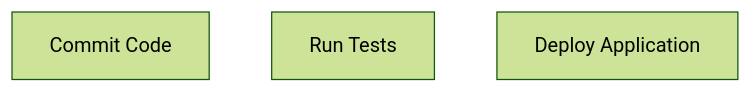
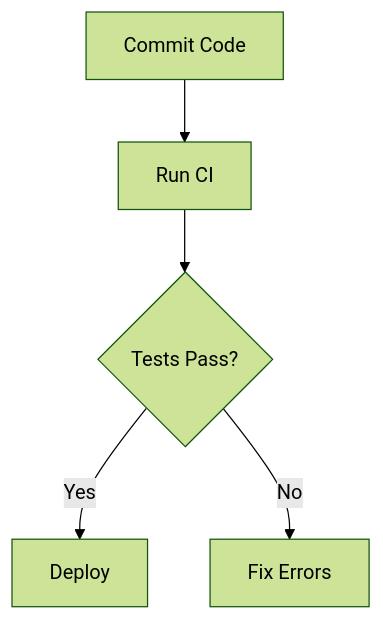
The seventh of 34 diagrams in .github/MERMAID_STYLE_GUIDE.md (borealBytes/startup-blueprint), drawn with Mermaid (forest theme) before and after one commit. The commit also changed other lines of this file, not shown here.

Commit message:
docs: add comprehensive Mermaid diagram style guide

````diff
--- a/.github/MERMAID_STYLE_GUIDE.md
+++ b/.github/MERMAID_STYLE_GUIDE.md
@@ -60,6 +131,7 @@
 ```mermaid
 flowchart TB
-    commit_code[Commit Code]
-    run_tests[Run Tests]
-    deploy_app[Deploy Application]
+    commit_code[Commit Code] --> run_ci[Run CI]
+    run_ci --> check_tests{Tests Pass?}
+    check_tests -->|Yes| deploy[Deploy]
+    check_tests -->|No| fix_errors[Fix Errors]
 ```
````
